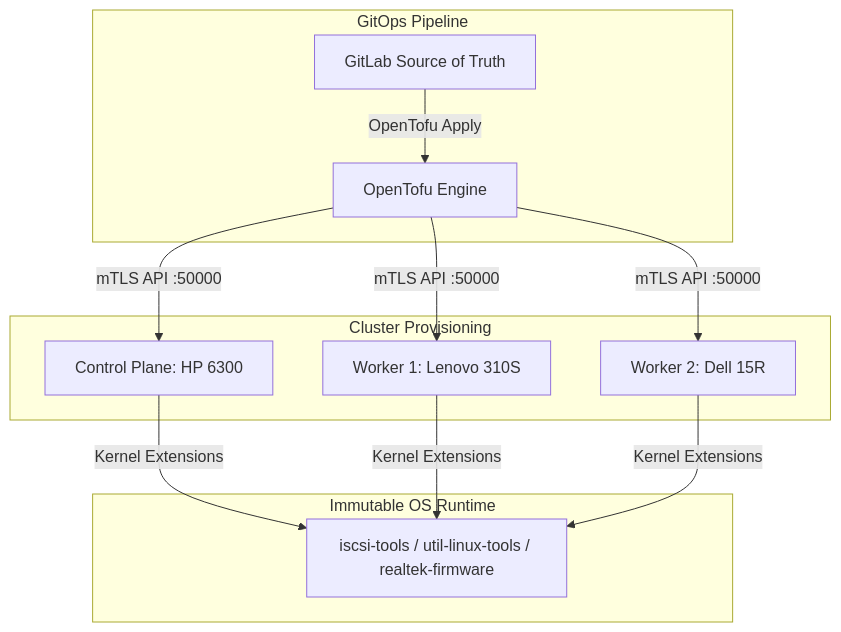
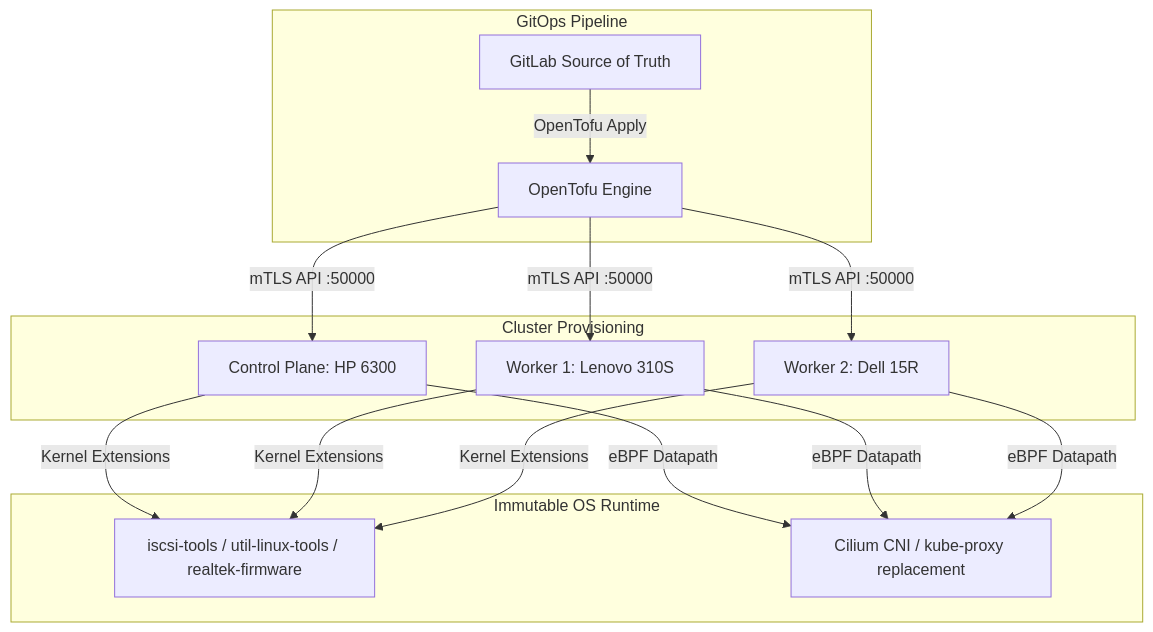
The diagram in docs/architecture/02-talos-os.md (nkester/Homelab), drawn with Mermaid before and after one commit. The commit also changed 3 other files, not shown here.

````diff
--- a/docs/architecture/02-talos-os.md
+++ b/docs/architecture/02-talos-os.md
@@ -11,16 +11,17 @@
 ```mermaid
 graph TD
     subgraph GitOps Pipeline
         GitLab[GitLab Source of Truth] -->|OpenTofu Apply| Tofu[OpenTofu Engine]
     end
 
     subgraph Cluster Provisioning
         Tofu -->|mTLS API :50000| CP[Control Plane: HP 6300]
         Tofu -->|mTLS API :50000| W1[Worker 1: Lenovo 310S]
         Tofu -->|mTLS API :50000| W2[Worker 2: Dell 15R]
     end
 
     subgraph Immutable OS Runtime
         CP & W1 & W2 -->|Kernel Extensions| Ext[iscsi-tools / util-linux-tools / realtek-firmware]
+		CP & W1 & W2 -->|eBPF Datapath| Cilium[Cilium CNI / kube-proxy replacement]
     end
 ```
````
